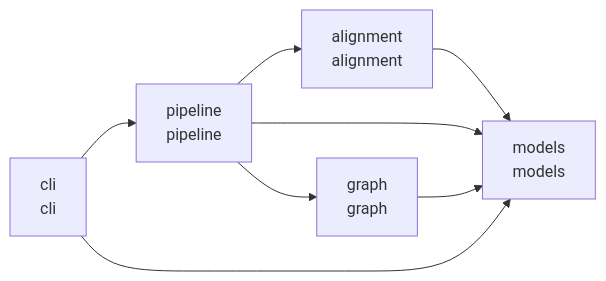
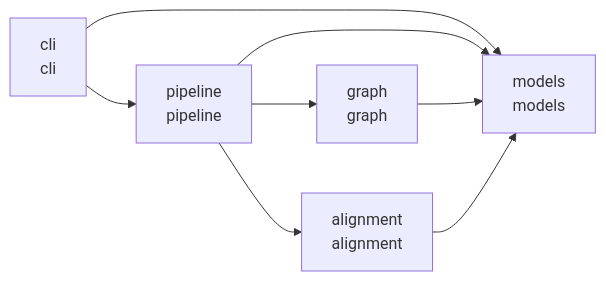
The diagram in README.md (cj-mills/cjm-transcript-decomp-core), drawn with Mermaid before and after one commit. The commit also changed other lines of this file and 1 other file, not shown here.

Commit message:
Populate index + README with comprehensive overview (structure, deps, CLI reference, modules)

````diff
--- a/README.md
+++ b/README.md
@@ -25,16 +25,16 @@
 ``` mermaid
 graph LR
     alignment["alignment<br/>alignment"]
     cli["cli<br/>cli"]
     graph_mod["graph<br/>graph"]
     models["models<br/>models"]
     pipeline["pipeline<br/>pipeline"]
 
     alignment --> models
+    cli --> models
     cli --> pipeline
-    cli --> models
     graph_mod --> models
-    pipeline --> alignment
     pipeline --> models
     pipeline --> graph_mod
+    pipeline --> alignment
 ```
````
